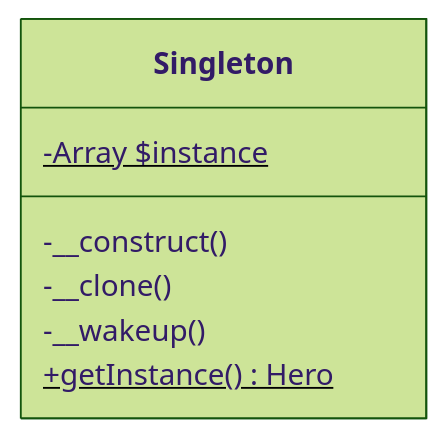
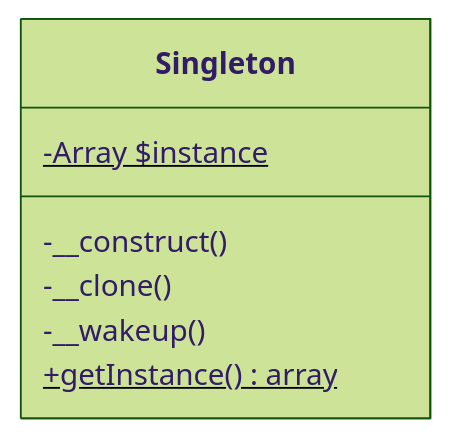
One commit to YenShiangGao/DesignPatternExample changed the diagram in server/Creational/Singleton/Readme.md. Above: the diagram before and after it, drawn with Mermaid (forest theme).

Commit message:
feat: 新增單例模式

````diff
--- a/server/Creational/Singleton/Readme.md
+++ b/server/Creational/Singleton/Readme.md
@@ -1,10 +1,10 @@
 ```mermaid
 classDiagram
     class Singleton {
         -Array $instance$
         -__construct()
         -__clone()
         -__wakeup()
-        +getInstance() Hero$
+        +getInstance() array$
     }
 ```
````
